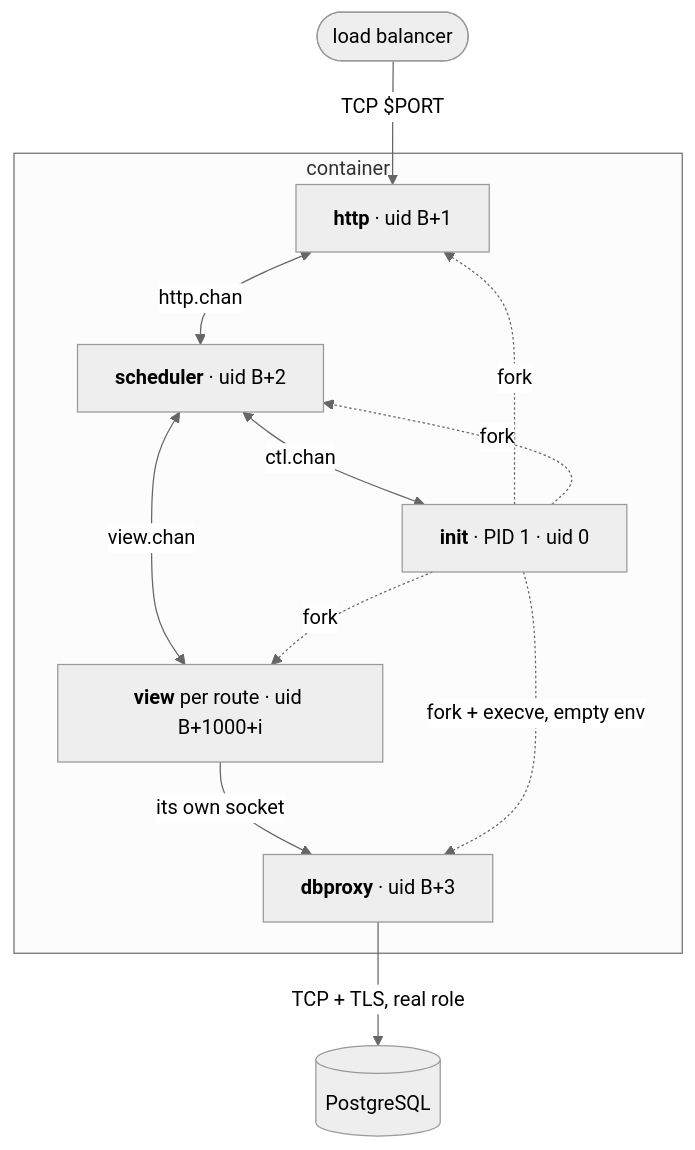
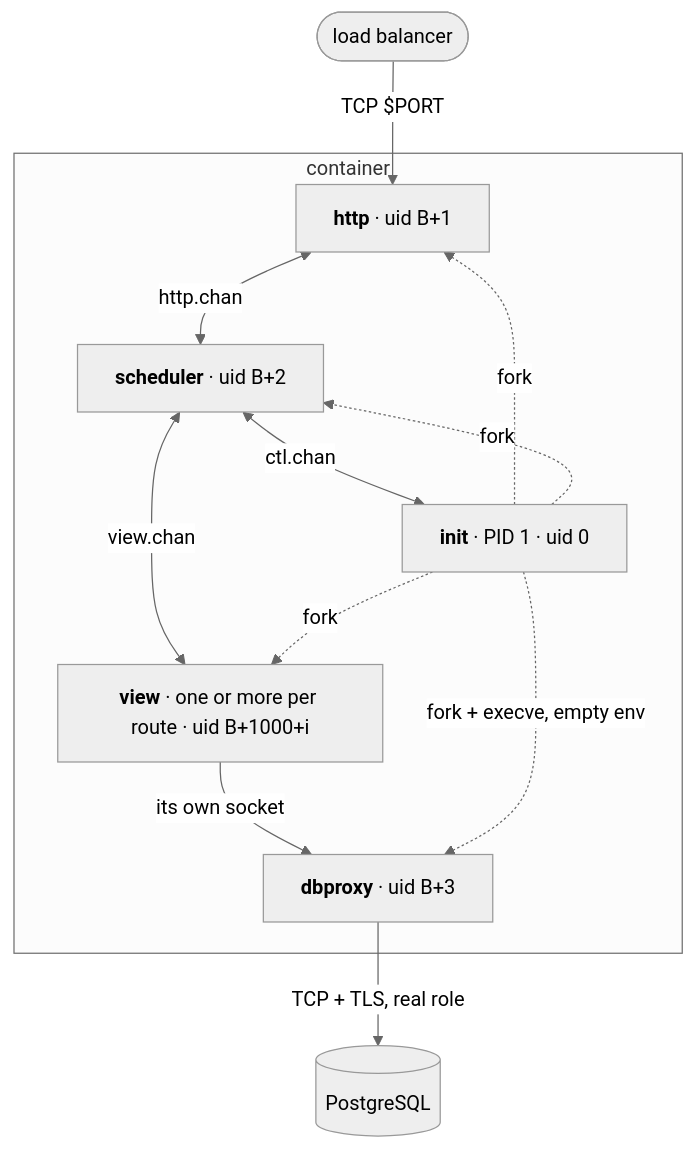
Before and after one commit to OffworldNexus/blastit: the first of 2 diagrams in docs/how-it-works.md, drawn with Mermaid (neutral theme). The commit also changed other lines of this file and 6 other files, not shown here.

First line of the commit message:
[MB.24.1] State the real per-route concurrency rule in the user docs

````diff
--- a/docs/how-it-works.md
+++ b/docs/how-it-works.md
@@ -16,25 +16,25 @@
 ```mermaid
 flowchart TB
     lb(["load balancer"])
     pg[("PostgreSQL")]
 
     subgraph container["container"]
         init["<b>init</b> · PID 1 · uid 0"]
         http["<b>http</b> · uid B+1"]
         sched["<b>scheduler</b> · uid B+2"]
-        v0["<b>view</b> per route · uid B+1000+i"]
+        v0["<b>view</b> · one or more per route · uid B+1000+i"]
         dbproxy["<b>dbproxy</b> · uid B+3"]
     end
 
     lb -- "TCP $PORT" --> http
     http <-- "http.chan" --> sched
     sched <-- "ctl.chan" --> init
     sched <-- "view.chan" --> v0
     v0 -- "its own socket" --> dbproxy
     dbproxy -- "TCP + TLS, real role" --> pg
 
     init -. "fork" .-> http
     init -. "fork" .-> sched
     init -. "fork" .-> v0
     init -. "fork + execve, empty env" .-> dbproxy
 ```
````
